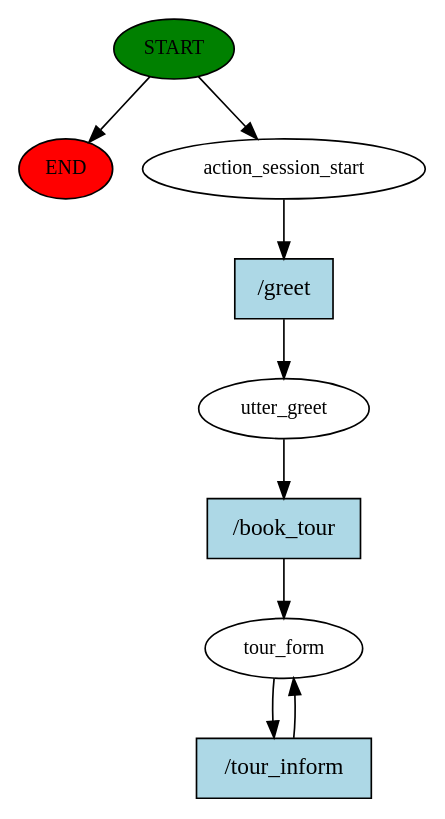
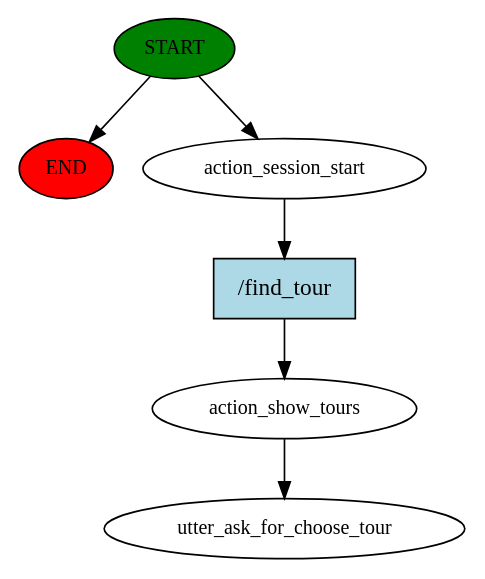
One commit to sitoan/chatbot changed the diagram in story_graph.dot. Above: the diagram before and after it, drawn with Graphviz. The commit also changed 4 other files, not shown here.

```diff
--- a/story_graph.dot
+++ b/story_graph.dot
@@ -1,18 +1,13 @@
 digraph  {
 0 [class="start active", fillcolor=green, fontsize=12, label=START, style=filled];
 "-1" [class=end, fillcolor=red, fontsize=12, label=END, style=filled];
 1 [class=active, fontsize=12, label=action_session_start];
-2 [class=active, fontsize=12, label=utter_greet];
-3 [class="active dashed", fontsize=12, label=tour_form];
-6 [class="intent active", fillcolor=lightblue, label="/greet", shape=rect, style=filled];
-7 [class="intent active", fillcolor=lightblue, label="/book_tour", shape=rect, style=filled];
-8 [class="intent active", fillcolor=lightblue, label="/tour_inform", shape=rect, style=filled];
+2 [class=active, fontsize=12, label=action_show_tours];
+3 [class="dashed active", fontsize=12, label=utter_ask_for_choose_tour];
+4 [class="intent active", fillcolor=lightblue, label="/find_tour", shape=rect, style=filled];
 0 -> "-1"  [class="", key=NONE, label=""];
 0 -> 1  [class=active, key=NONE, label=""];
-1 -> 6  [class=active, key=0];
-2 -> 7  [class=active, key=0];
-3 -> 8  [class=active, key=0];
-6 -> 2  [class=active, key=0];
-7 -> 3  [class=active, key=0];
-8 -> 3  [class=active, key=0];
+1 -> 4  [class=active, key=0];
+2 -> 3  [class=active, key=NONE, label=""];
+4 -> 2  [class=active, key=0];
 }
```
